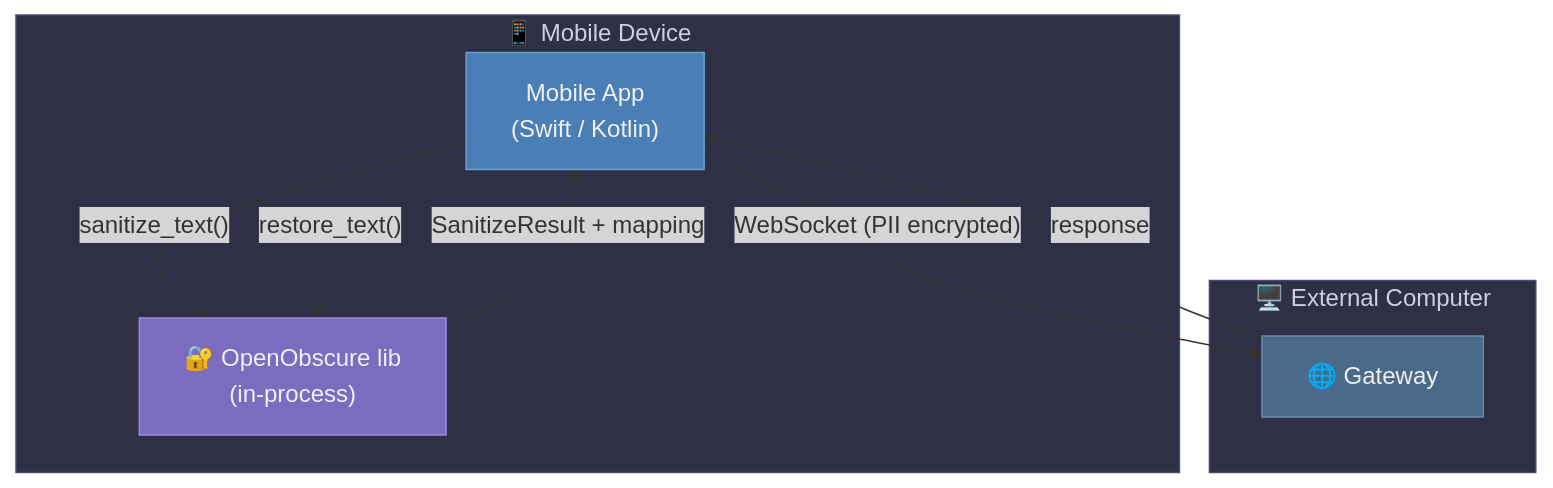
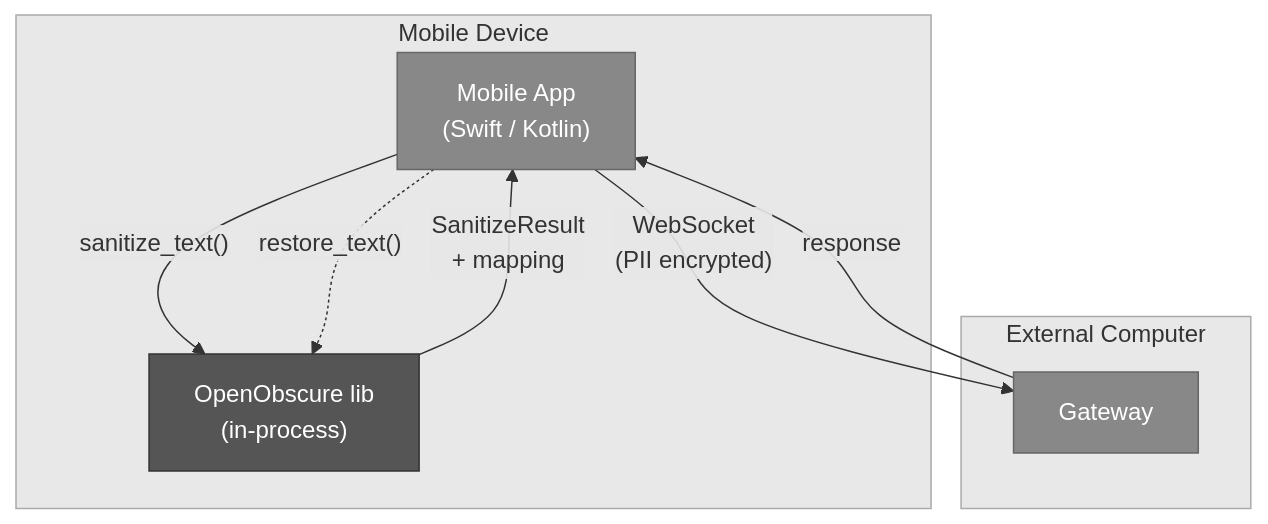
Before and after one commit to OpenObscure/OpenObscure: the second of 5 diagrams in README.md, drawn with Mermaid. The commit also changed other lines of this file and 4 other files, not shown here.

First line of the commit message:
Convert all mermaid diagrams to grayscale and fix text/box overlaps

````diff
--- a/README.md
+++ b/README.md
@@ -43,23 +43,23 @@
 ```mermaid
 flowchart TB
-    subgraph phone ["📱 Mobile Device"]
-        app["Mobile App<br>(Swift / Kotlin)"]
-        lib["🔐 OpenObscure lib<br>(in-process)"]
+    subgraph phone ["Mobile Device"]
+        app["Mobile App\n(Swift / Kotlin)"]
+        lib["OpenObscure lib\n(in-process)"]
         app -- "sanitize_text()" --> lib
-        lib -- "SanitizeResult + mapping" --> app
+        lib -- "SanitizeResult\n+ mapping" --> app
     end
 
-    app -- "WebSocket (PII encrypted)" --> gw
+    app -- "WebSocket\n(PII encrypted)" --> gw
     gw -- "response" --> app
     app -. "restore_text()" .-> lib
 
-    subgraph remote ["🖥️ External Computer"]
-        gw["🌐 Gateway"]
+    subgraph remote ["External Computer"]
+        gw["Gateway"]
     end
 
-    style phone fill:#2f2f45,stroke:#4a4a6e,color:#d0d0e0
-    style app fill:#4a7fb5,stroke:#6a9fd5,color:#f0f0f0
-    style lib fill:#7c6cbf,stroke:#9c8cdf,color:#f0f0f0
-    style remote fill:#2f2f45,stroke:#4a4a6e,color:#d0d0e0
-    style gw fill:#4a6a8a,stroke:#6a8aaa,color:#f0f0f0
+    style phone fill:#e8e8e8,stroke:#aaa,color:#333
+    style app fill:#888,stroke:#666,color:#fff
+    style lib fill:#555,stroke:#333,color:#fff
+    style remote fill:#e8e8e8,stroke:#aaa,color:#333
+    style gw fill:#888,stroke:#666,color:#fff
 ```
````
